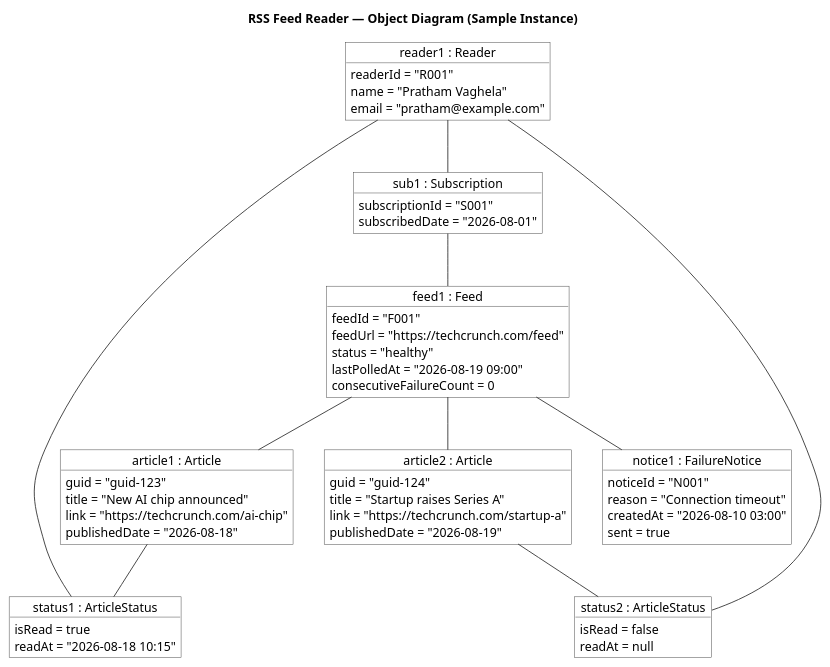
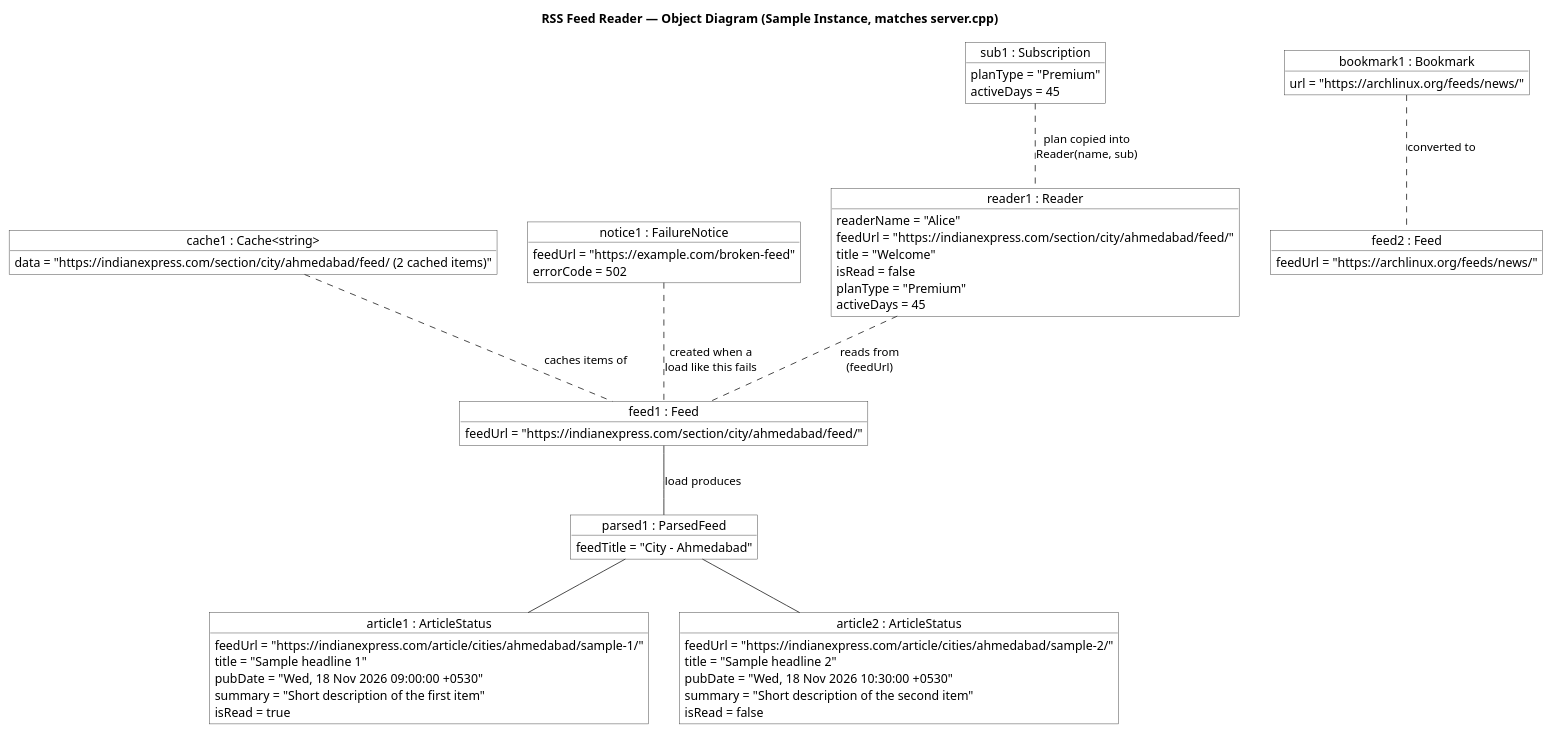
Before and after one commit to VPratham-2007/RSS_Feed: the diagram in object-diagram.puml, drawn with PlantUML. The commit also changed 9 other files, not shown here.

```diff
--- a/object-diagram.puml
+++ b/object-diagram.puml
@@ -1,70 +1,76 @@
 @startuml object-diagram
-title RSS Feed Reader — Object Diagram (Sample Instance)
+title RSS Feed Reader — Object Diagram (Sample Instance, matches server.cpp)
 
 skinparam object {
   BackgroundColor White
   BorderColor #333333
   ArrowColor #333333
 }
 
+' Reader is an ArticleStatus (-> Article -> Feed) and a Subscription,
+' so its object holds the inherited fields as well.
 object "reader1 : Reader" as reader1 {
-  readerId = "R001"
-  name = "Pratham Vaghela"
-  email = "pratham@example.com"
+  readerName = "Alice"
+  feedUrl = "https://indianexpress.com/section/city/ahmedabad/feed/"
+  title = "Welcome"
+  isRead = false
+  planType = "Premium"
+  activeDays = 45
+}
+
+object "sub1 : Subscription" as sub1 {
+  planType = "Premium"
+  activeDays = 45
+}
+
+object "bookmark1 : Bookmark" as bookmark1 {
+  url = "https://archlinux.org/feeds/news/"
 }
 
 object "feed1 : Feed" as feed1 {
-  feedId = "F001"
-  feedUrl = "https://techcrunch.com/feed"
-  status = "healthy"
-  lastPolledAt = "2026-08-19 09:00"
-  consecutiveFailureCount = 0
+  feedUrl = "https://indianexpress.com/section/city/ahmedabad/feed/"
 }
 
-object "sub1 : Subscription" as sub1 {
-  subscriptionId = "S001"
-  subscribedDate = "2026-08-01"
+object "feed2 : Feed" as feed2 {
+  feedUrl = "https://archlinux.org/feeds/news/"
 }
 
-object "article1 : Article" as article1 {
-  guid = "guid-123"
-  title = "New AI chip announced"
-  link = "https://techcrunch.com/ai-chip"
-  publishedDate = "2026-08-18"
+object "parsed1 : ParsedFeed" as parsed1 {
+  feedTitle = "City - Ahmedabad"
 }
 
-object "article2 : Article" as article2 {
-  guid = "guid-124"
-  title = "Startup raises Series A"
-  link = "https://techcrunch.com/startup-a"
-  publishedDate = "2026-08-19"
+object "article1 : ArticleStatus" as article1 {
+  feedUrl = "https://indianexpress.com/article/cities/ahmedabad/sample-1/"
+  title = "Sample headline 1"
+  pubDate = "Wed, 18 Nov 2026 09:00:00 +0530"
+  summary = "Short description of the first item"
+  isRead = true
 }
 
-object "status1 : ArticleStatus" as status1 {
-  isRead = true
-  readAt = "2026-08-18 10:15"
+object "article2 : ArticleStatus" as article2 {
+  feedUrl = "https://indianexpress.com/article/cities/ahmedabad/sample-2/"
+  title = "Sample headline 2"
+  pubDate = "Wed, 18 Nov 2026 10:30:00 +0530"
+  summary = "Short description of the second item"
+  isRead = false
 }
 
-object "status2 : ArticleStatus" as status2 {
-  isRead = false
-  readAt = null
+object "cache1 : Cache<string>" as cache1 {
+  data = "https://indianexpress.com/section/city/ahmedabad/feed/ (2 cached items)"
 }
 
 object "notice1 : FailureNotice" as notice1 {
-  noticeId = "N001"
-  reason = "Connection timeout"
-  createdAt = "2026-08-10 03:00"
-  sent = true
+  feedUrl = "https://example.com/broken-feed"
+  errorCode = 502
 }
 
-reader1 -- sub1
-sub1   -- feed1
-feed1  -- article1
-feed1  -- article2
-reader1 -- status1
-article1 -- status1
-reader1 -- status2
-article2 -- status2
-feed1  -- notice1
+sub1 .. reader1 : plan copied into\nReader(name, sub)
+bookmark1 .. feed2 : converted to
+feed1 -- parsed1 : load produces
+parsed1 -- article1
+parsed1 -- article2
+cache1 .. feed1 : caches items of
+notice1 .. feed1 : created when a\nload like this fails
+reader1 .. feed1 : reads from\n(feedUrl)
 
 @enduml
```
